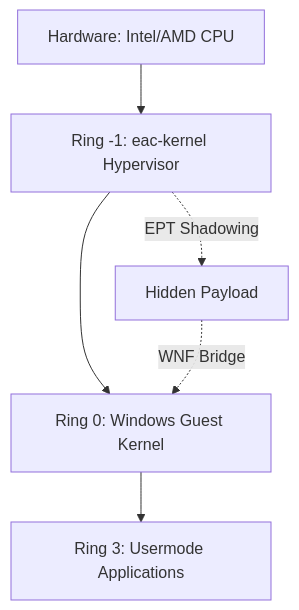
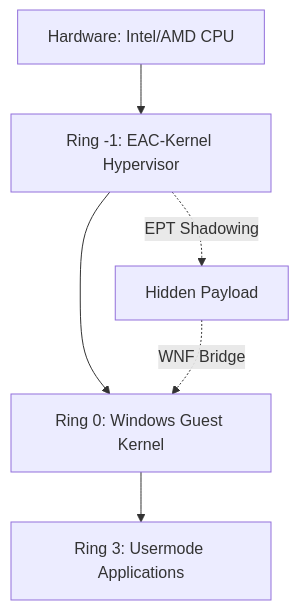
Before and after one commit to Urjosh123/eac-kernel: the diagram in README.md, drawn with Mermaid.

Commit message:
Minor typography update in README diagram

````diff
--- a/README.md
+++ b/README.md
@@ -9,8 +9,8 @@
 ```mermaid
 graph TD
-    A[Hardware: Intel/AMD CPU] --> B[Ring -1: eac-kernel Hypervisor]
+    A[Hardware: Intel/AMD CPU] --> B[Ring -1: EAC-Kernel Hypervisor]
     B --> C[Ring 0: Windows Guest Kernel]
     C --> D[Ring 3: Usermode Applications]
     B -.->|EPT Shadowing| E[Hidden Payload]
     E -.->|WNF Bridge| C
 ```
````
